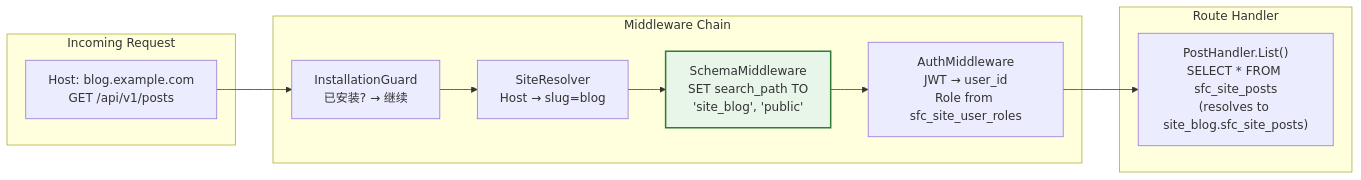
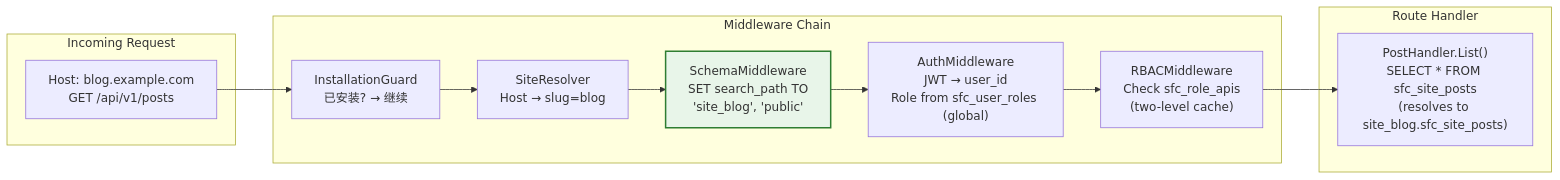
Before and after one commit to sky-flux/cms: the second of 4 diagrams in docs/architecture.md, drawn with Mermaid. The commit also changed other lines of this file and 42 other files, not shown here.

````diff
--- a/docs/architecture.md
+++ b/docs/architecture.md
@@ -76,21 +76,22 @@
 ```mermaid
 flowchart LR
     subgraph Request["Incoming Request"]
         REQ["Host: blog.example.com\nGET /api/v1/posts"]
     end
 
     subgraph Middleware["Middleware Chain"]
         IG["InstallationGuard\n已安装? → 继续"]
         SR["SiteResolver\nHost → slug=blog"]
         SC["SchemaMiddleware\nSET search_path TO\n'site_blog', 'public'"]
-        AUTH["AuthMiddleware\nJWT → user_id\nRole from sfc_site_user_roles"]
+        AUTH["AuthMiddleware\nJWT → user_id\nRole from sfc_user_roles (global)"]
+        RBAC["RBACMiddleware\nCheck sfc_role_apis\n(two-level cache)"]
     end
 
     subgraph Handler["Route Handler"]
         H["PostHandler.List()\nSELECT * FROM sfc_site_posts\n(resolves to site_blog.sfc_site_posts)"]
     end
 
-    REQ --> IG --> SR --> SC --> AUTH --> H
+    REQ --> IG --> SR --> SC --> AUTH --> RBAC --> H
 
     style SC fill:#e8f5e9,stroke:#2e7d32,stroke-width:2px
 ```
````
